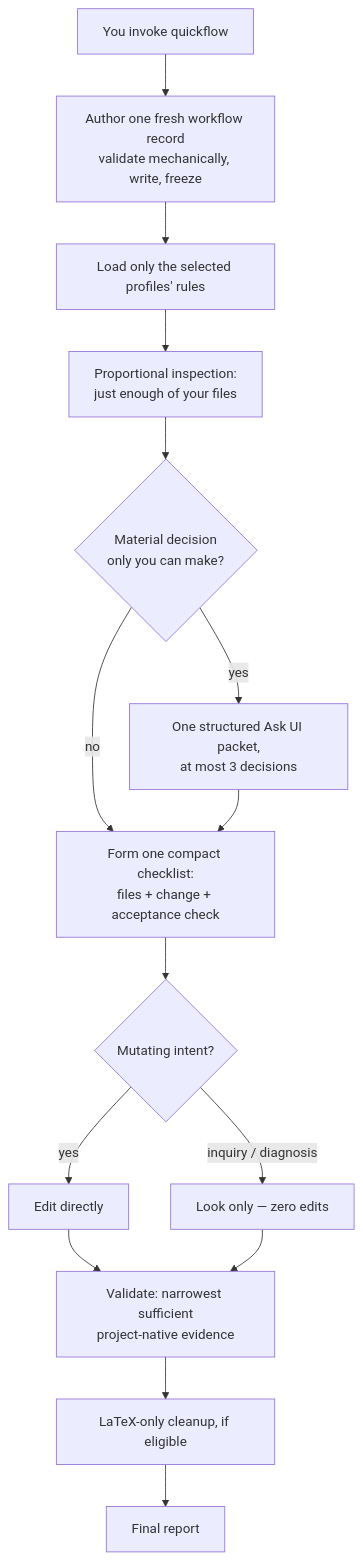
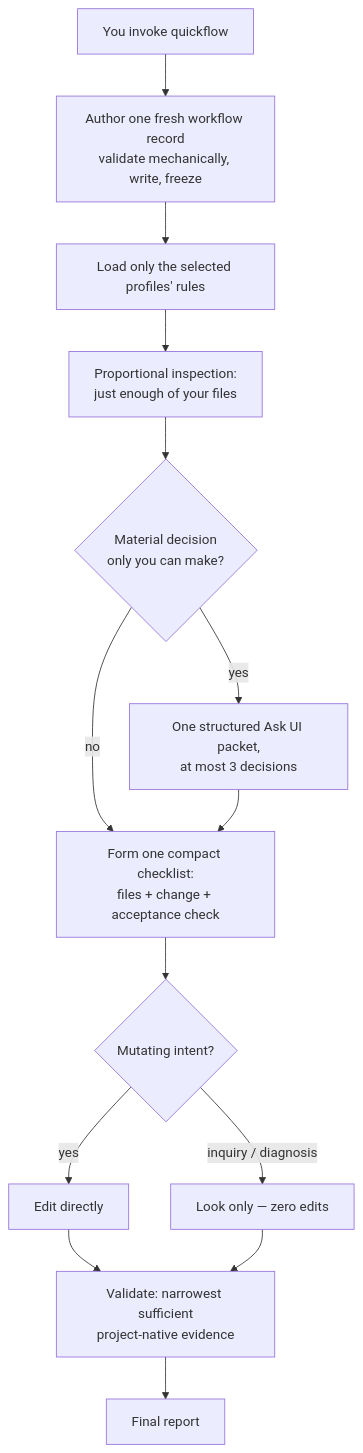
One commit to xzhang17/quickflow changed the diagram in README.md. Above: the diagram before and after it, drawn with Mermaid. The commit also changed other lines of this file and 1 other file, not shown here.

Commit message:
Trim cleanup node from diagram and progress-message clause (EN + ZH)

````diff
--- a/README.md
+++ b/README.md
@@ -59,17 +59,16 @@
 ```mermaid
 flowchart TD
     A[You invoke quickflow] --> B[Author one fresh workflow record<br/>validate mechanically, write, freeze]
     B --> C[Load only the selected profiles' rules]
     C --> D[Proportional inspection:<br/>just enough of your files]
     D --> E{Material decision<br/>only you can make?}
     E -->|yes| F[One structured Ask UI packet,<br/>at most 3 decisions]
     E -->|no| G
     F --> G[Form one compact checklist:<br/>files + change + acceptance check]
     G --> H{Mutating intent?}
     H -->|yes| I[Edit directly]
     H -->|inquiry / diagnosis| J[Look only — zero edits]
     I --> K[Validate: narrowest sufficient<br/>project-native evidence]
     J --> K
-    K --> L[LaTeX-only cleanup, if eligible]
-    L --> M[Final report]
+    K --> M[Final report]
 ```
````
